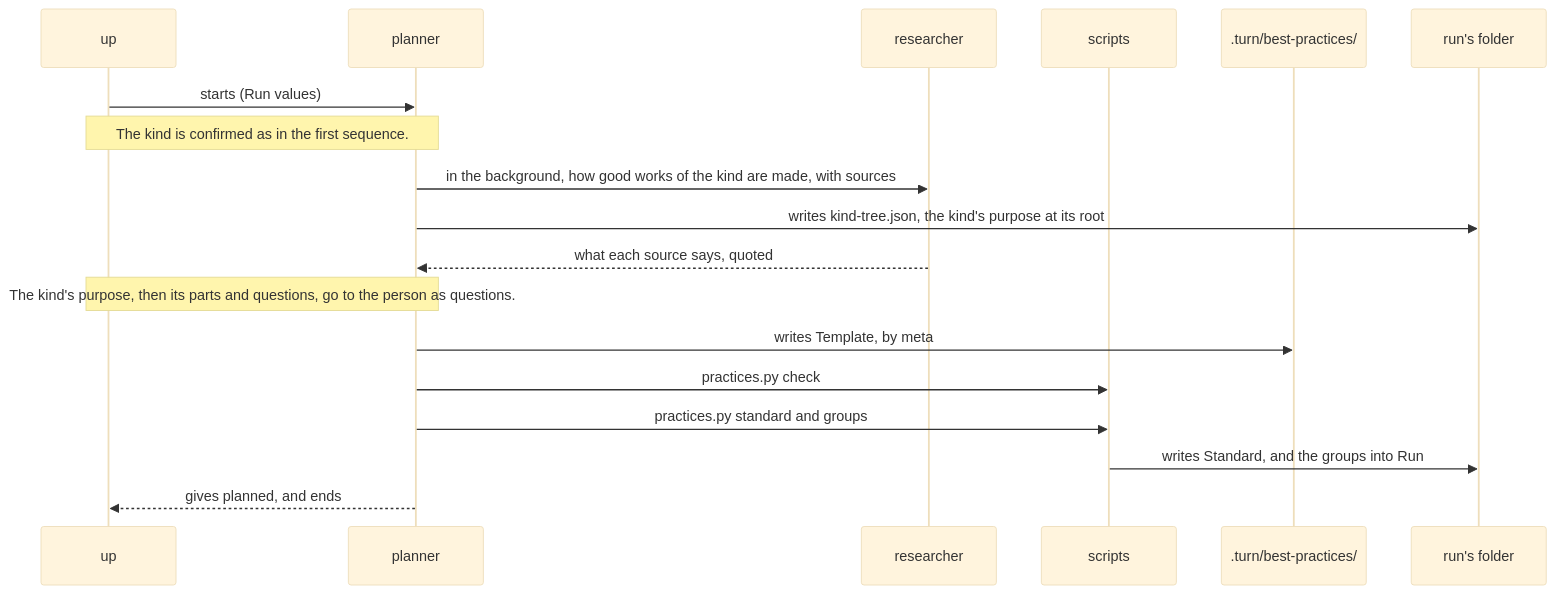
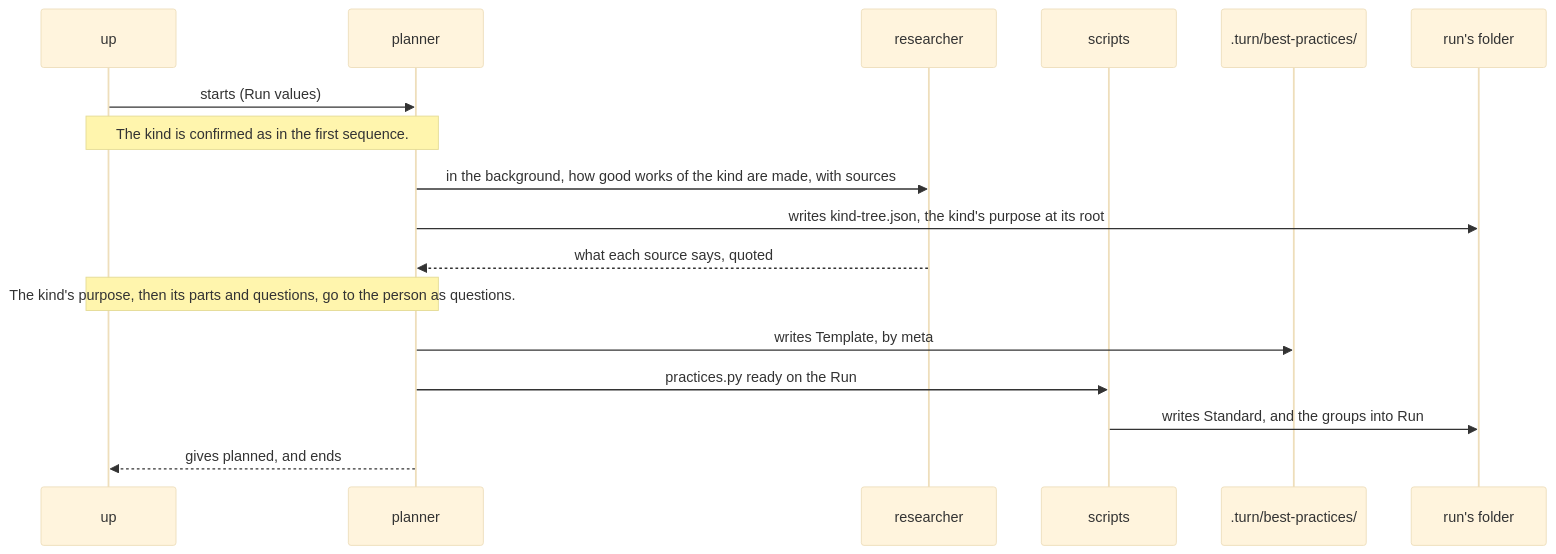
Before and after one commit to lovaizu/ccpm: the fifth of 7 diagrams in dev/turn/architecture.md, drawn with Mermaid (base theme). The commit also changed other lines of this file and 25 other files, not shown here.

````diff
--- a/dev/turn/architecture.md
+++ b/dev/turn/architecture.md
@@ -450,20 +446,19 @@
 ```mermaid
 sequenceDiagram
   participant U as up
   participant PL as planner
   participant RS as researcher
   participant S as scripts
   participant T as .turn/best-practices/
   participant F as run's folder
   U->>PL: starts (Run values)
   Note over U,PL: The kind is confirmed as in the first sequence.
   PL->>RS: in the background, how good works of the kind are made, with sources
   PL->>F: writes kind-tree.json, the kind's purpose at its root
   RS-->>PL: what each source says, quoted
   Note over U,PL: The kind's purpose, then its parts and questions, go to the person as questions.
   PL->>T: writes Template, by meta
-  PL->>S: practices.py check
-  PL->>S: practices.py standard and groups
+  PL->>S: practices.py ready on the Run
   S->>F: writes Standard, and the groups into Run
   PL-->>U: gives planned, and ends
 ```
````
